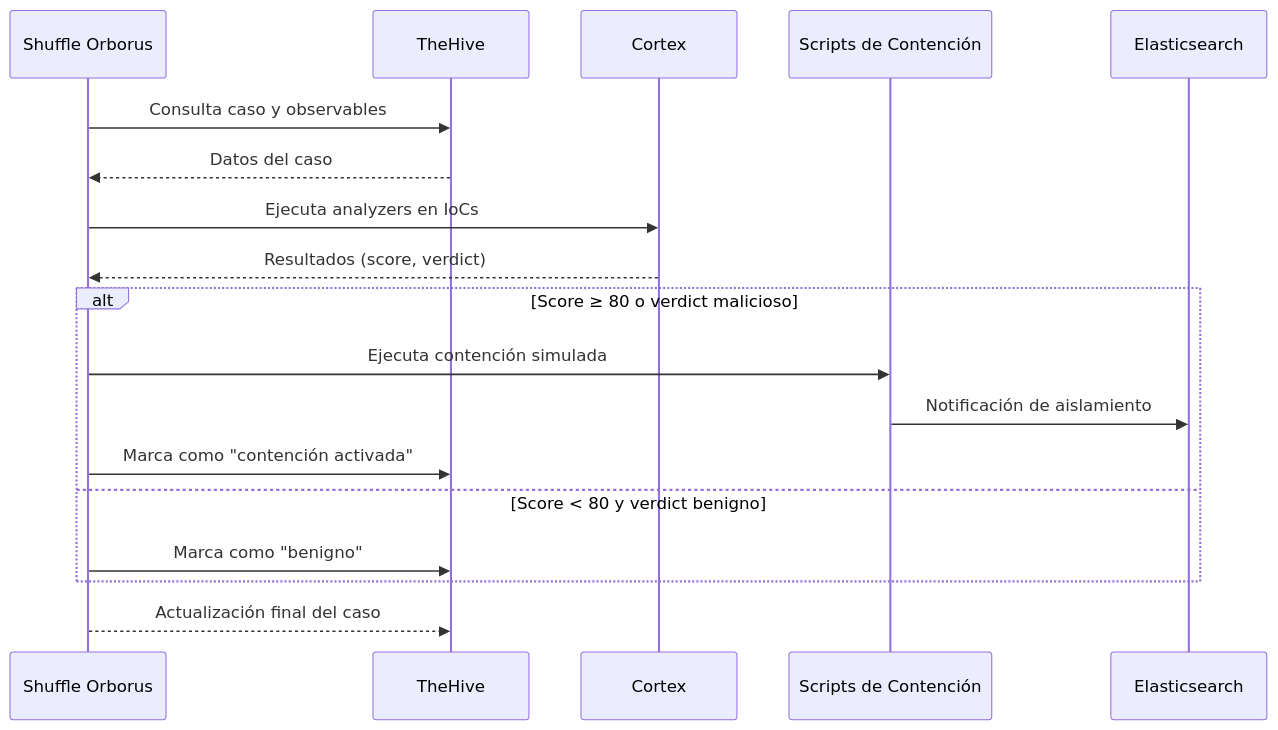
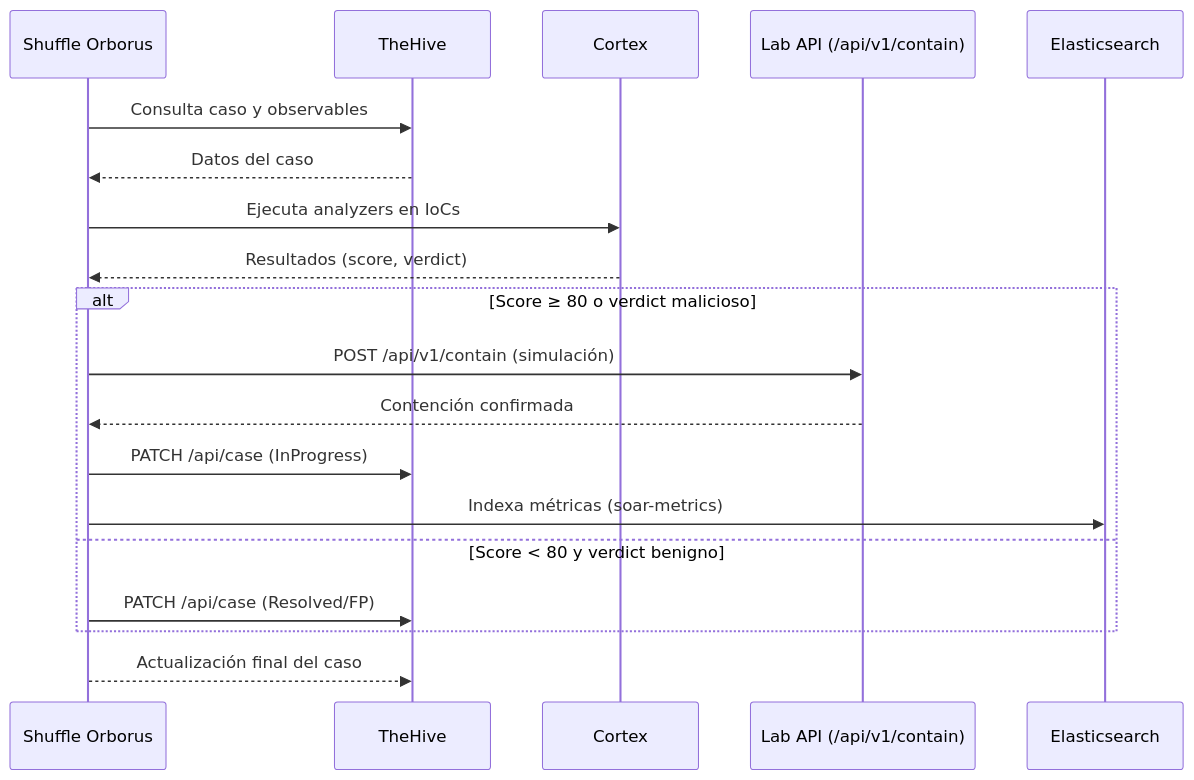
The eighth of 13 diagrams in docs/thesis/appendix_h.md (alesanfe/soar-ransomware-lab), drawn with Mermaid before and after one commit. The commit also changed other lines of this file, not shown here.

````diff
--- a/docs/thesis/appendix_h.md
+++ b/docs/thesis/appendix_h.md
@@ -293,21 +307,22 @@
 ```mermaid
 sequenceDiagram
  participant Shuffle as Shuffle Orborus
  participant TheHive as TheHive
  participant Cortex as Cortex
- participant Scripts as Scripts de Contención
+ participant API as Lab API (/api/v1/contain)
  participant ES as Elasticsearch
 
  Shuffle->>TheHive: Consulta caso y observables
  TheHive-->>Shuffle: Datos del caso
  Shuffle->>Cortex: Ejecuta analyzers en IoCs
  Cortex-->>Shuffle: Resultados (score, verdict)
  alt Score ≥ 80 o verdict malicioso
- Shuffle->>Scripts: Ejecuta contención simulada
- Scripts->>ES: Notificación de aislamiento
- Shuffle->>TheHive: Marca como "contención activada"
+ Shuffle->>API: POST /api/v1/contain (simulación)
+ API-->>Shuffle: Contención confirmada
+ Shuffle->>TheHive: PATCH /api/case (InProgress)
+ Shuffle->>ES: Indexa métricas (soar-metrics)
  else Score < 80 y verdict benigno
- Shuffle->>TheHive: Marca como "benigno"
+ Shuffle->>TheHive: PATCH /api/case (Resolved/FP)
  end
  Shuffle-->>TheHive: Actualización final del caso
 ```
````
